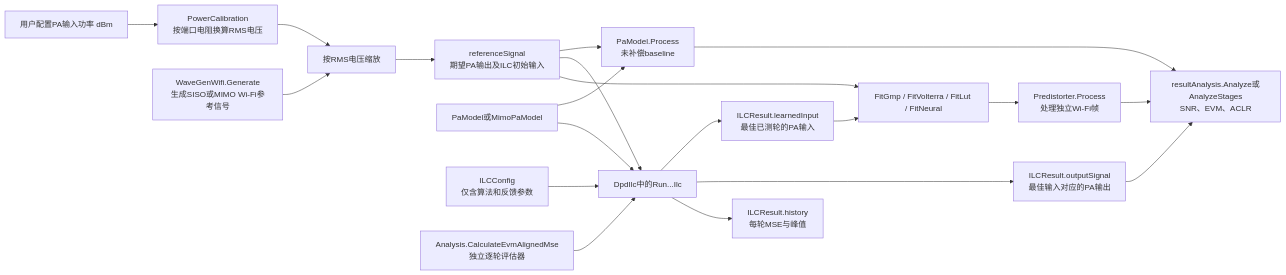
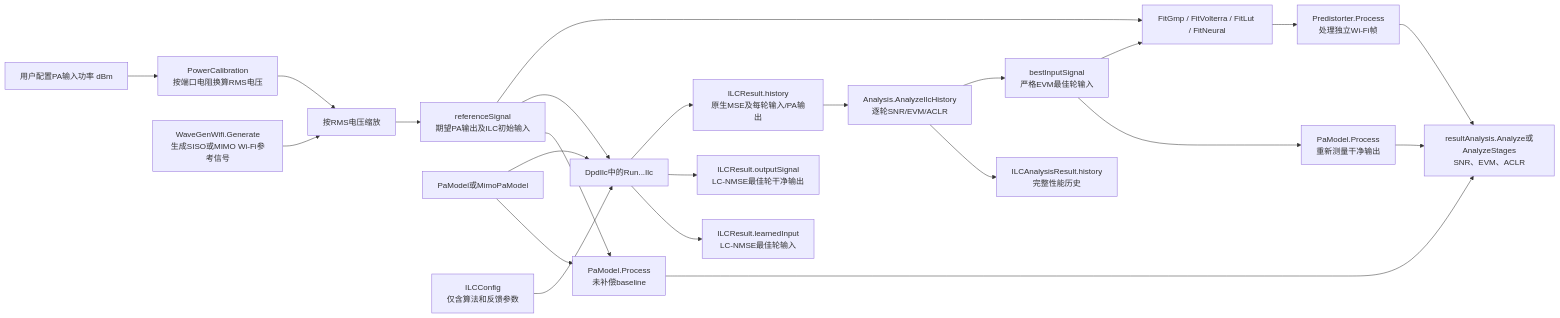
Before and after one commit to niyilu45/DPD_ILC: the first of 2 diagrams in doc/DpdIlc.md, drawn with Mermaid. The commit also changed other lines of this file and 11 other files, not shown here.

Commit message:
Separate ILC learning from performance analysis

````diff
--- a/doc/DpdIlc.md
+++ b/doc/DpdIlc.md
@@ -26,22 +26,25 @@
 ```mermaid
 flowchart LR
     power["用户配置PA输入功率 dBm"] --> calibration["PowerCalibration<br/>按端口电阻换算RMS电压"]
     wave["WaveGenWifi.Generate<br/>生成SISO或MIMO Wi-Fi参考信号"] --> scale["按RMS电压缩放"]
     calibration --> scale
     scale --> reference["referenceSignal<br/>期望PA输出及ILC初始输入"]
     reference --> baseline["PaModel.Process<br/>未补偿baseline"]
     reference --> ilc["DpdIlc中的Run...Ilc"]
     pa["PaModel或MimoPaModel"] --> baseline
     pa --> ilc
     config["ILCConfig<br/>仅含算法和反馈参数"] --> ilc
-    analysis["Analysis.CalculateEvmAlignedMse<br/>独立逐轮评估器"] --> ilc
-    ilc --> learned["ILCResult.learnedInput<br/>最佳已测轮的PA输入"]
-    ilc --> output["ILCResult.outputSignal<br/>最佳输入对应的PA输出"]
-    ilc --> history["ILCResult.history<br/>每轮MSE与峰值"]
-    learned --> fit["FitGmp / FitVolterra / FitLut / FitNeural"]
+    ilc --> learned["ILCResult.learnedInput<br/>LC-NMSE最佳轮输入"]
+    ilc --> output["ILCResult.outputSignal<br/>LC-NMSE最佳轮干净输出"]
+    ilc --> history["ILCResult.history<br/>原生MSE及每轮输入/PA输出"]
+    history --> analysis["Analysis.AnalyzeIlcHistory<br/>逐轮SNR/EVM/ACLR"]
+    analysis --> analyzedHistory["ILCAnalysisResult.history<br/>完整性能历史"]
+    analysis --> evmBest["bestInputSignal<br/>严格EVM最佳轮输入"]
+    evmBest --> cleanOutput["PaModel.Process<br/>重新测量干净输出"]
+    evmBest --> fit["FitGmp / FitVolterra / FitLut / FitNeural"]
     reference --> fit
     fit --> deploy["Predistorter.Process<br/>处理独立Wi-Fi帧"]
     baseline --> metrics["resultAnalysis.Analyze或AnalyzeStages<br/>SNR、EVM、ACLR"]
-    output --> metrics
+    cleanOutput --> metrics
     deploy --> metrics
 ```
````
